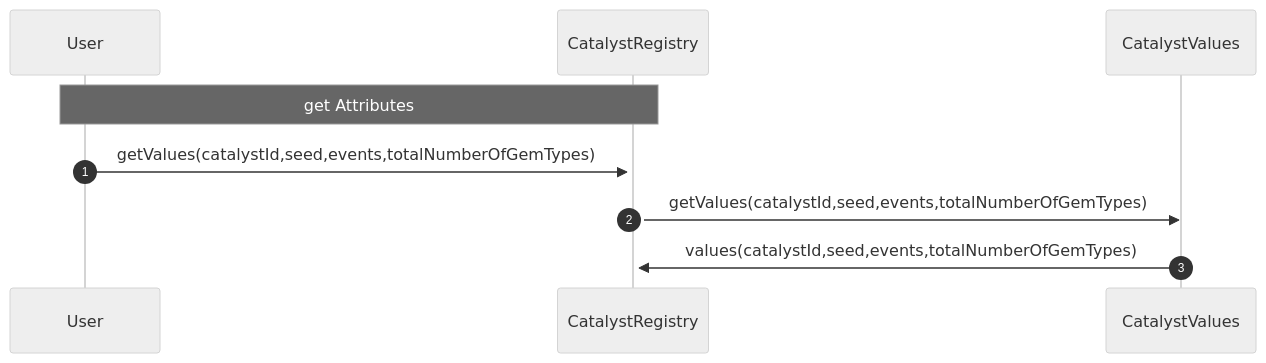
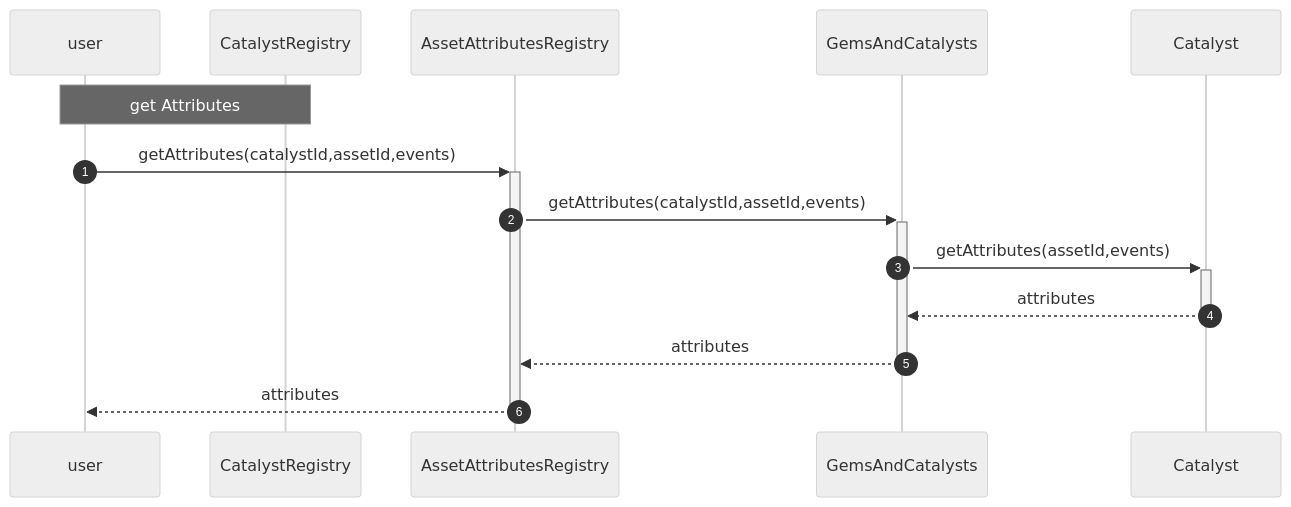
One commit to block-ninja/sandbox-smart-contracts changed the diagram in documentation/diagrams/catalysts/get_attributes.mmd. Above: the diagram before and after it, drawn with Mermaid (neutral theme). The commit also changed 7 other files, not shown here.

```diff
--- a/documentation/diagrams/catalysts/get_attributes.mmd
+++ b/documentation/diagrams/catalysts/get_attributes.mmd
@@ -1,8 +1,11 @@
 sequenceDiagram
 autonumber
 
-    Note over User, CatalystRegistry: get Attributes
+    Note over user, CatalystRegistry: get Attributes
 
-    User->>+CatalystRegistry:getValues(catalystId,seed,events,totalNumberOfGemTypes)
-    CatalystRegistry->>CatalystValues:getValues(catalystId,seed,events,totalNumberOfGemTypes)
-    CatalystValues->>CatalystRegistry:values(catalystId,seed,events,totalNumberOfGemTypes)
+    user->>+AssetAttributesRegistry:getAttributes(catalystId,assetId,events)
+    AssetAttributesRegistry->>+GemsAndCatalysts:getAttributes(catalystId,assetId,events)
+    GemsAndCatalysts->>+Catalyst:getAttributes(assetId,events)
+    Catalyst-->>-GemsAndCatalysts:attributes
+    GemsAndCatalysts-->>-AssetAttributesRegistry:attributes
+    AssetAttributesRegistry-->>-user:attributes
```
